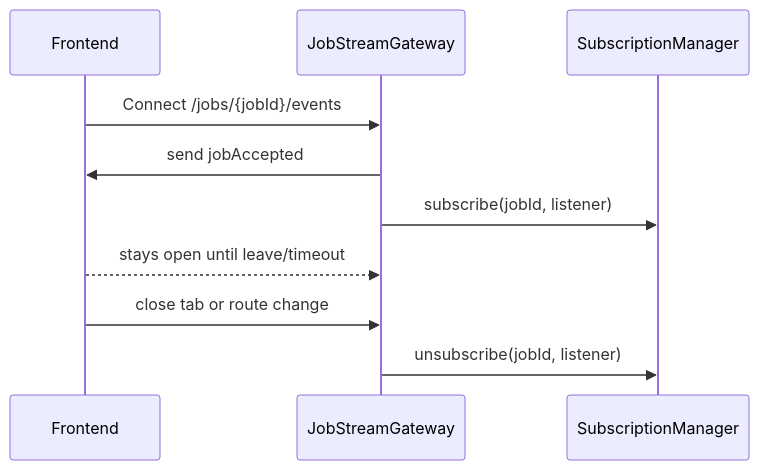
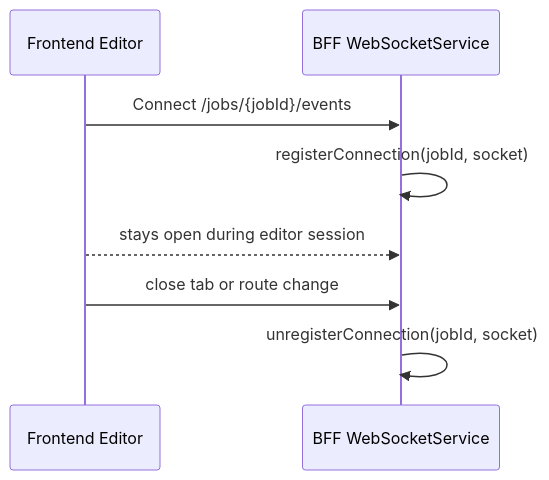
The first of 2 diagrams in docs/sarath-docs/websocket-flow.md (sarathkumar365/Careeros), drawn with Mermaid before and after one commit. The commit also changed other lines of this file and 13 other files, not shown here.

Commit message:
Update AI task/websocket flow and refresh architecture docs

````diff
--- a/docs/sarath-docs/websocket-flow.md
+++ b/docs/sarath-docs/websocket-flow.md
@@ -12,13 +14,11 @@
 ```mermaid
 sequenceDiagram
-  participant FE as Frontend
-  participant WS as JobStreamGateway
-  participant SM as SubscriptionManager
+  participant FE as Frontend Editor
+  participant WS as BFF WebSocketService
 
   FE->>WS: Connect /jobs/{jobId}/events
-  WS->>FE: send jobAccepted
-  WS->>SM: subscribe(jobId, listener)
-  FE-->>WS: stays open until leave/timeout
+  WS->>WS: registerConnection(jobId, socket)
+  FE-->>WS: stays open during editor session
   FE->>WS: close tab or route change
-  WS->>SM: unsubscribe(jobId, listener)
+  WS->>WS: unregisterConnection(jobId, socket)
 ```
````
